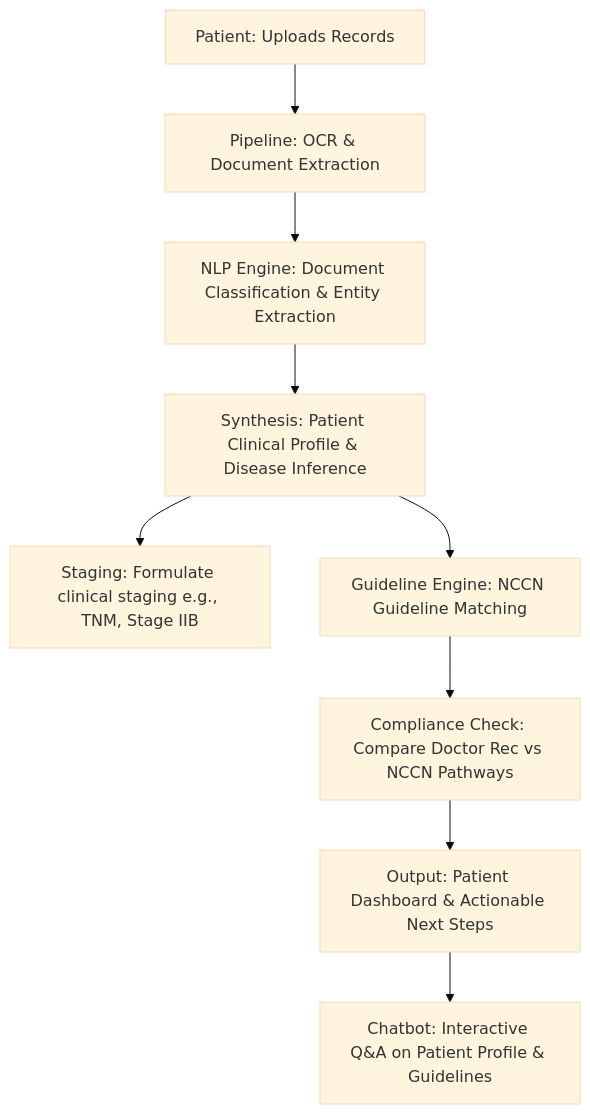
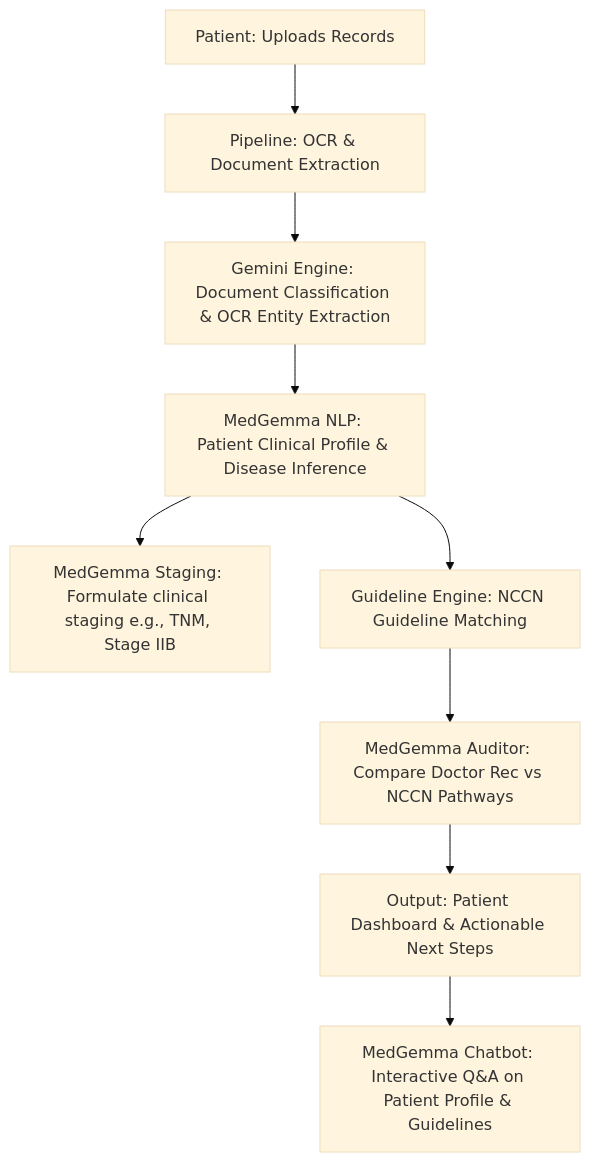
One commit to n-kh/second-opinion changed the diagram in implementation_plan.md. Above: the diagram before and after it, drawn with Mermaid (base theme). The commit also changed other lines of this file, not shown here.

Commit message:
docs: update implementation plan for Kaggle Capstone Project and MedGemma

````diff
--- a/implementation_plan.md
+++ b/implementation_plan.md
@@ -20,11 +22,11 @@
 ```mermaid
 graph TD
     A[Patient: Uploads Records] --> B[Pipeline: OCR & Document Extraction]
-    B --> C[NLP Engine: Document Classification & Entity Extraction]
-    C --> D[Synthesis: Patient Clinical Profile & Disease Inference]
-    D --> E[Staging: Formulate clinical staging e.g., TNM, Stage IIB]
+    B --> C[Gemini Engine: Document Classification & OCR Entity Extraction]
+    C --> D[MedGemma NLP: Patient Clinical Profile & Disease Inference]
+    D --> E[MedGemma Staging: Formulate clinical staging e.g., TNM, Stage IIB]
     D --> F[Guideline Engine: NCCN Guideline Matching]
-    F --> G[Compliance Check: Compare Doctor Rec vs NCCN Pathways]
+    F --> G[MedGemma Auditor: Compare Doctor Rec vs NCCN Pathways]
     G --> H[Output: Patient Dashboard & Actionable Next Steps]
-    H --> I[Chatbot: Interactive Q&A on Patient Profile & Guidelines]
+    H --> I[MedGemma Chatbot: Interactive Q&A on Patient Profile & Guidelines]
 ```
````
